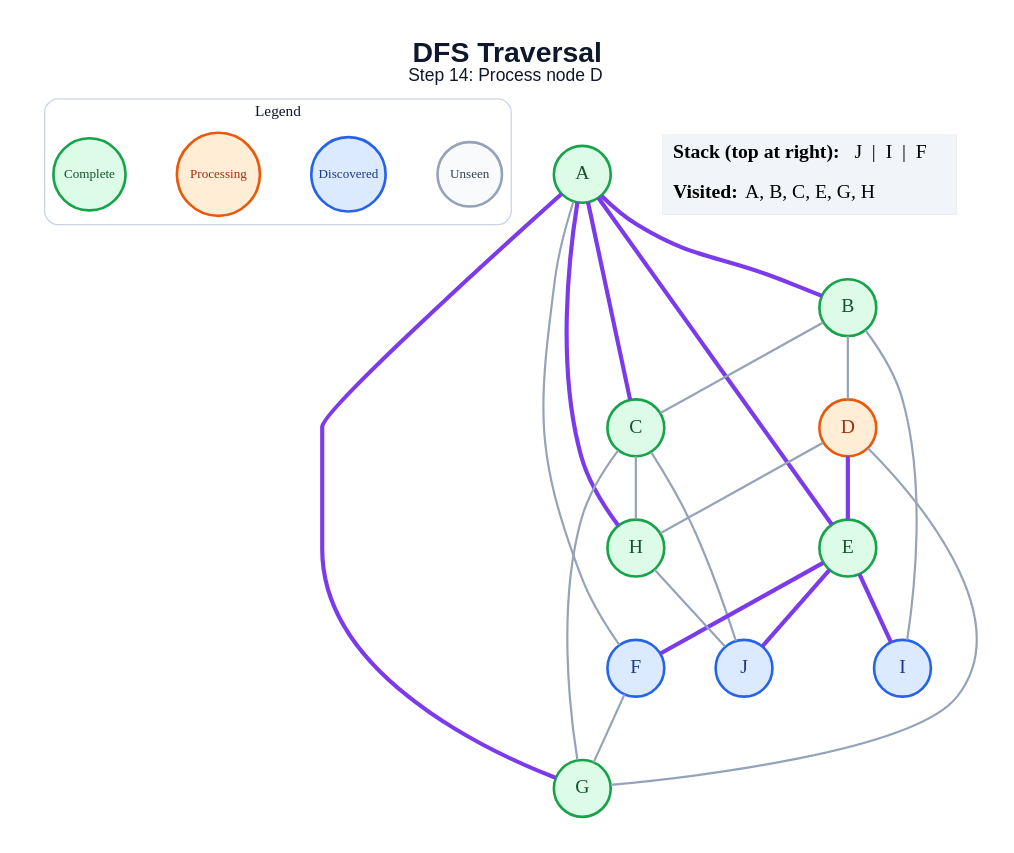
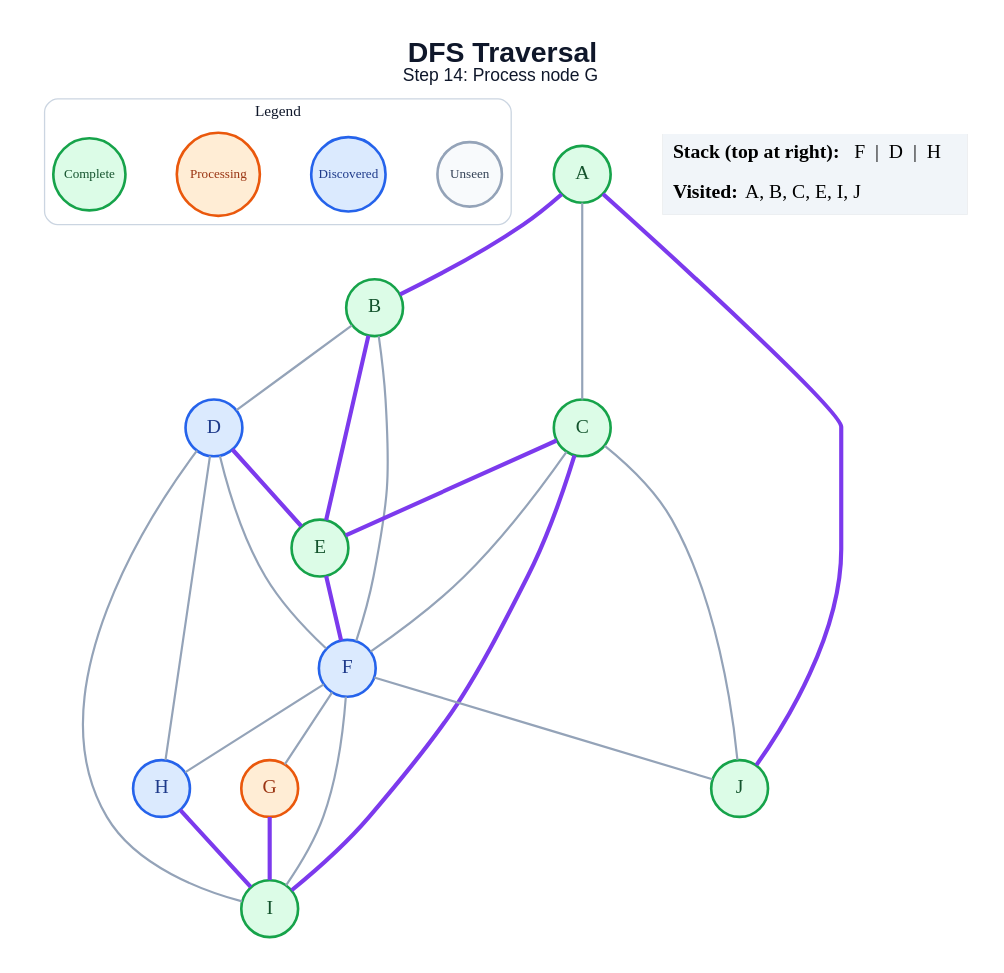
The diagram in generated/specific-node/dfs/step_14.dot (amanghodawala9/ai-slop), drawn with Graphviz before and after one commit. The commit also changed 178 other files, not shown here.

```diff
--- a/generated/specific-node/dfs/step_14.dot
+++ b/generated/specific-node/dfs/step_14.dot
@@ -1,49 +1,50 @@
 graph traversal {
   graph [layout=dot, rankdir=TB, bgcolor="#FFFFFF", pad="0.35", nodesep="0.65", ranksep="0.8", fontname="Arial"];
   node [shape=circle, style="filled", fontname="Arial Bold", fontsize=18, width=0.72, fixedsize=true, penwidth=2.4];
   edge [color="#94A3B8", penwidth=2.0];
-  label=<<B>DFS Traversal</B><BR/><FONT POINT-SIZE="16">Step 14: Process node D</FONT>>; labelloc="t"; fontsize=26; fontname="Arial"; fontcolor="#0F172A";
+  label=<<B>DFS Traversal</B><BR/><FONT POINT-SIZE="16">Step 14: Process node G</FONT>>; labelloc="t"; fontsize=26; fontname="Arial"; fontcolor="#0F172A";
   subgraph cluster_legend { label="Legend"; color="#CBD5E1"; penwidth=1.2; style="rounded"; fontsize=14; fontname="Arial Bold";
     key_unseen [label="Unseen", fillcolor="#F8FAFC", color="#94A3B8", fontcolor="#334155", fontsize=12, width=0.82];
     key_frontier [label="Discovered", fillcolor="#DBEAFE", color="#2563EB", fontcolor="#1E3A8A", fontsize=12, width=0.95];
     key_current [label="Processing", fillcolor="#FFEDD5", color="#EA580C", fontcolor="#9A3412", fontsize=12, width=1.05];
     key_done [label="Complete", fillcolor="#DCFCE7", color="#16A34A", fontcolor="#14532D", fontsize=12, width=0.92];
     { rank=same; key_unseen; key_frontier; key_current; key_done; }
   }
   A [fillcolor="#DCFCE7", color="#16A34A", fontcolor="#14532D"];
   B [fillcolor="#DCFCE7", color="#16A34A", fontcolor="#14532D"];
   C [fillcolor="#DCFCE7", color="#16A34A", fontcolor="#14532D"];
-  D [fillcolor="#FFEDD5", color="#EA580C", fontcolor="#9A3412"];
+  D [fillcolor="#DBEAFE", color="#2563EB", fontcolor="#1E3A8A"];
   E [fillcolor="#DCFCE7", color="#16A34A", fontcolor="#14532D"];
   F [fillcolor="#DBEAFE", color="#2563EB", fontcolor="#1E3A8A"];
-  G [fillcolor="#DCFCE7", color="#16A34A", fontcolor="#14532D"];
-  H [fillcolor="#DCFCE7", color="#16A34A", fontcolor="#14532D"];
-  I [fillcolor="#DBEAFE", color="#2563EB", fontcolor="#1E3A8A"];
-  J [fillcolor="#DBEAFE", color="#2563EB", fontcolor="#1E3A8A"];
+  G [fillcolor="#FFEDD5", color="#EA580C", fontcolor="#9A3412"];
+  H [fillcolor="#DBEAFE", color="#2563EB", fontcolor="#1E3A8A"];
+  I [fillcolor="#DCFCE7", color="#16A34A", fontcolor="#14532D"];
+  J [fillcolor="#DCFCE7", color="#16A34A", fontcolor="#14532D"];
   A -- B [color="#7C3AED", penwidth=3.8];
-  A -- C [color="#7C3AED", penwidth=3.8];
-  A -- E [color="#7C3AED", penwidth=3.8];
-  A -- F;
-  A -- G [color="#7C3AED", penwidth=3.8];
-  A -- H [color="#7C3AED", penwidth=3.8];
-  B -- C;
+  A -- C;
+  A -- J [color="#7C3AED", penwidth=3.8];
   B -- D;
-  B -- I;
-  C -- G;
-  C -- H;
+  B -- E [color="#7C3AED", penwidth=3.8];
+  B -- F;
+  C -- E [color="#7C3AED", penwidth=3.8];
+  C -- F;
+  C -- I [color="#7C3AED", penwidth=3.8];
   C -- J;
   D -- E [color="#7C3AED", penwidth=3.8];
-  D -- G;
+  D -- F;
   D -- H;
+  D -- I;
   E -- F [color="#7C3AED", penwidth=3.8];
-  E -- I [color="#7C3AED", penwidth=3.8];
-  E -- J [color="#7C3AED", penwidth=3.8];
   F -- G;
-  H -- J;
+  F -- H;
+  F -- I;
+  F -- J;
+  G -- I [color="#7C3AED", penwidth=3.8];
+  H -- I [color="#7C3AED", penwidth=3.8];
   status [shape=plain, fixedsize=false, width=0, height=0, margin=0, label=<
     <TABLE BORDER="0" CELLBORDER="0" CELLPADDING="7" BGCOLOR="#F1F5F9">
-      <TR><TD ALIGN="LEFT"><B>Stack (top at right):</B> J  |  I  |  F</TD></TR>
-      <TR><TD ALIGN="LEFT"><B>Visited:</B> A, B, C, E, G, H</TD></TR>
+      <TR><TD ALIGN="LEFT"><B>Stack (top at right):</B> F  |  D  |  H</TD></TR>
+      <TR><TD ALIGN="LEFT"><B>Visited:</B> A, B, C, E, I, J</TD></TR>
     </TABLE>
   >];
 }
```
